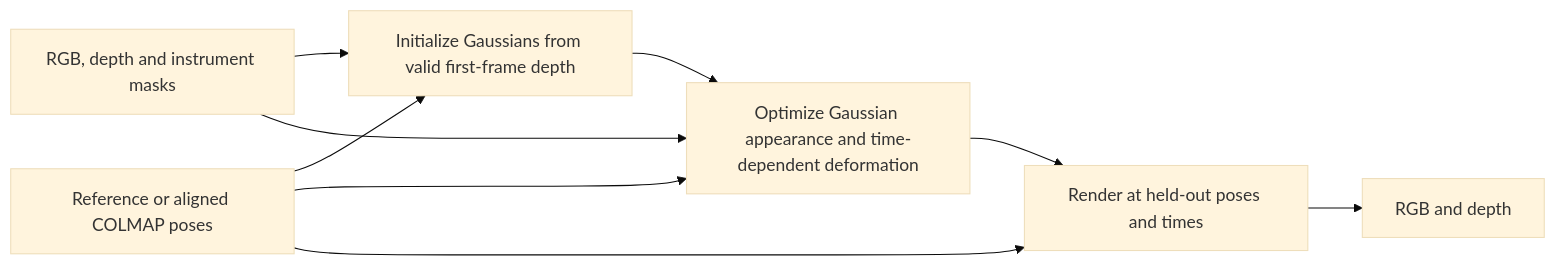
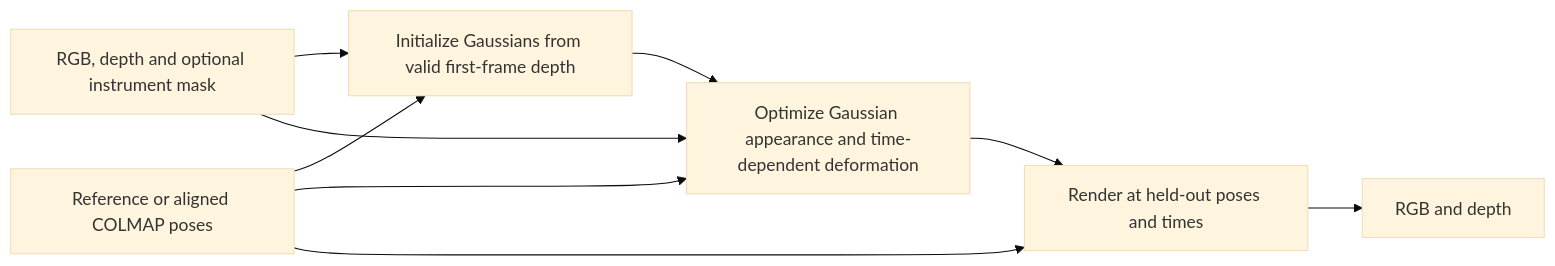
One commit to Viiitoo/endomorph-gs changed the diagram in README.md. Above: the diagram before and after it, drawn with Mermaid (base theme). The commit also changed other lines of this file and 9 other files, not shown here.

````diff
--- a/README.md
+++ b/README.md
@@ -19,11 +17,11 @@
 ```mermaid
 flowchart LR
-    A["RGB, depth and instrument masks"] --> C["Initialize Gaussians from valid first-frame depth"]
+    A["RGB, depth and optional instrument mask"] --> C["Initialize Gaussians from valid first-frame depth"]
     B["Reference or aligned COLMAP poses"] --> C
     C --> D["Optimize Gaussian appearance and time-dependent deformation"]
     A --> D
     B --> D
     B --> E["Render at held-out poses and times"]
     D --> E
     E --> F["RGB and depth"]
 ```
````
